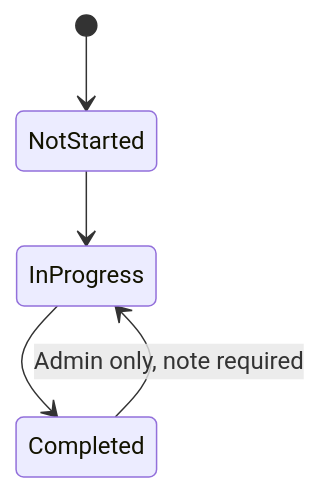
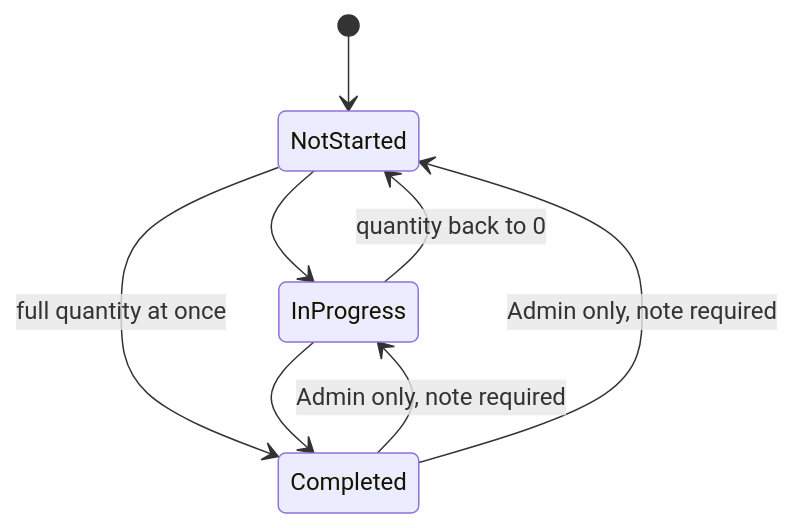
One commit to Detmon0410/Base_Sample_ERP changed the sixth of 9 diagrams in ProjectdocInfo/Flow Chart.md. Above: the diagram before and after it, drawn with Mermaid. The commit also changed other lines of this file and 2 other files, not shown here.

First line of the commit message:
Flow Chart.md made correct (checked against the code); the flow chart page follows

````diff
--- a/ProjectdocInfo/Flow Chart.md
+++ b/ProjectdocInfo/Flow Chart.md
@@ -80,7 +82,10 @@
 ```mermaid
 stateDiagram-v2
     [*] --> NotStarted
     NotStarted --> InProgress
+    NotStarted --> Completed: full quantity at once
     InProgress --> Completed
+    InProgress --> NotStarted: quantity back to 0
     Completed --> InProgress: Admin only, note required
+    Completed --> NotStarted: Admin only, note required
 ```
````
